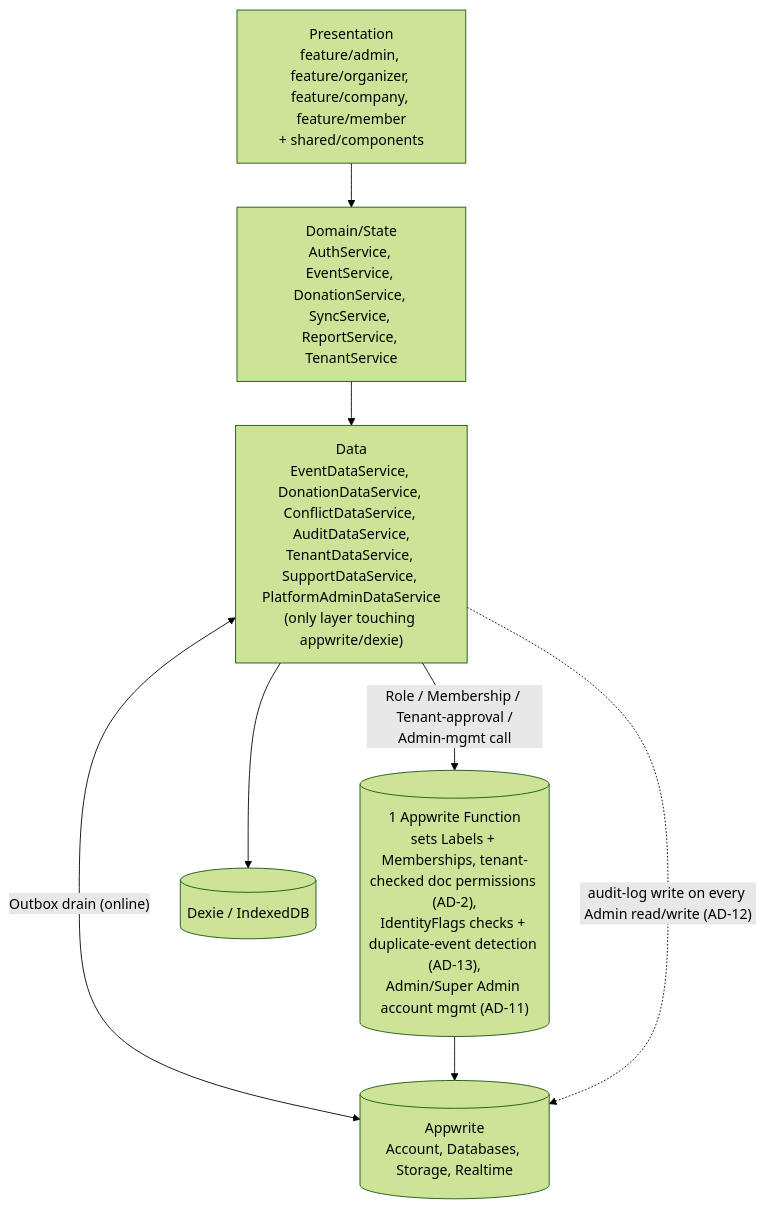
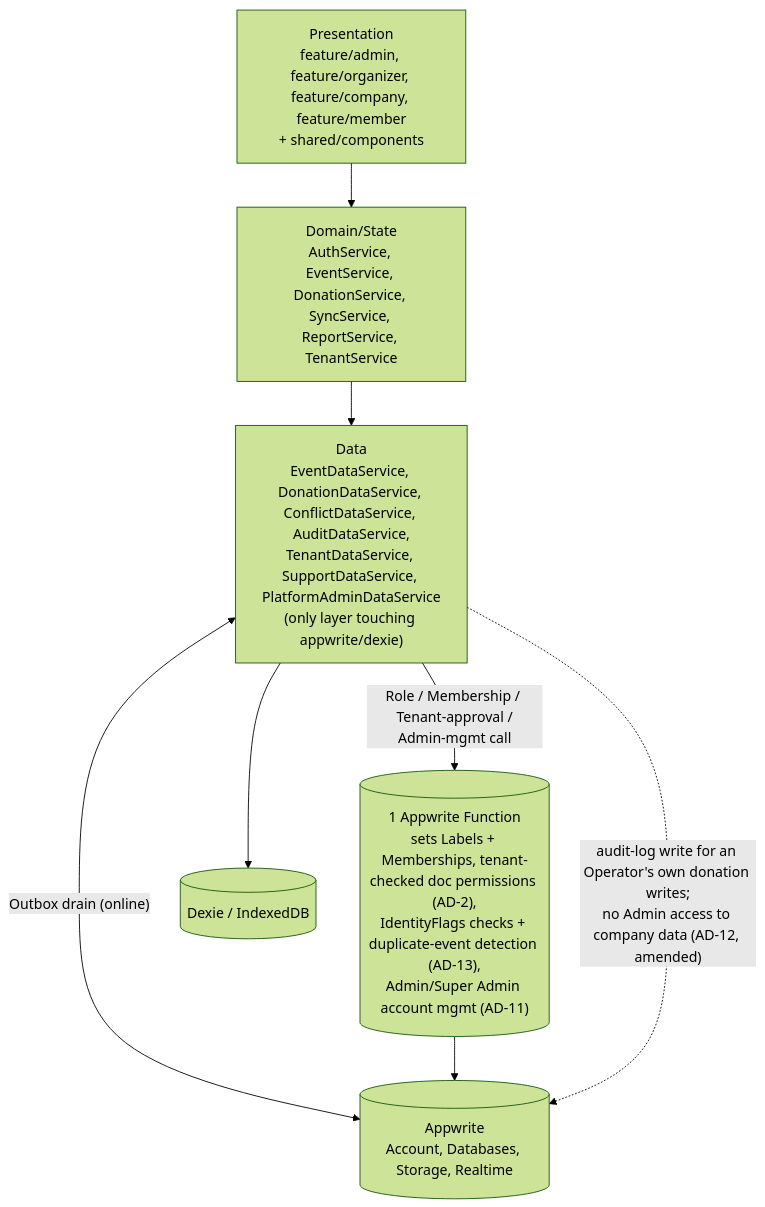
Before and after one commit to Bentil4/Givio: the first of 2 diagrams in _bmad-output/planning-artifacts/architecture/architecture-givio-2026-07-25/ARCHITECTURE-SPINE.md, drawn with Mermaid (forest theme). The commit also changed other lines of this file and 3 other files, not shown here.

First line of the commit message:
docs: amend FR-19 and AD-12 — platform Admins have no access to company data

````diff
--- a/_bmad-output/planning-artifacts/architecture/architecture-givio-2026-07-25/ARCHITECTURE-SPINE.md
+++ b/_bmad-output/planning-artifacts/architecture/architecture-givio-2026-07-25/ARCHITECTURE-SPINE.md
@@ -32,15 +32,15 @@
 ```mermaid
 flowchart TD
   Presentation["Presentation\nfeature/admin, feature/organizer, feature/company, feature/member\n+ shared/components"]
   Domain["Domain/State\nAuthService, EventService, DonationService, SyncService, ReportService, TenantService"]
   Data["Data\nEventDataService, DonationDataService, ConflictDataService, AuditDataService,\nTenantDataService, SupportDataService, PlatformAdminDataService\n(only layer touching appwrite/dexie)"]
   Function[("1 Appwrite Function\nsets Labels + Memberships, tenant-checked doc permissions (AD-2),\nIdentityFlags checks + duplicate-event detection (AD-13),\nAdmin/Super Admin account mgmt (AD-11)")]
   Appwrite[("Appwrite\nAccount, Databases, Storage, Realtime")]
   Dexie[("Dexie / IndexedDB")]
 
   Presentation --> Domain --> Data
   Data --> Dexie
   Data <-- "Outbox drain (online)" --> Appwrite
   Data -- "Role / Membership / Tenant-approval /\nAdmin-mgmt call" --> Function --> Appwrite
-  Data -. "audit-log write on every Admin read/write (AD-12)" .-> Appwrite
+  Data -. "audit-log write for an Operator's own donation writes;\nno Admin access to company data (AD-12, amended)" .-> Appwrite
 ```
````
